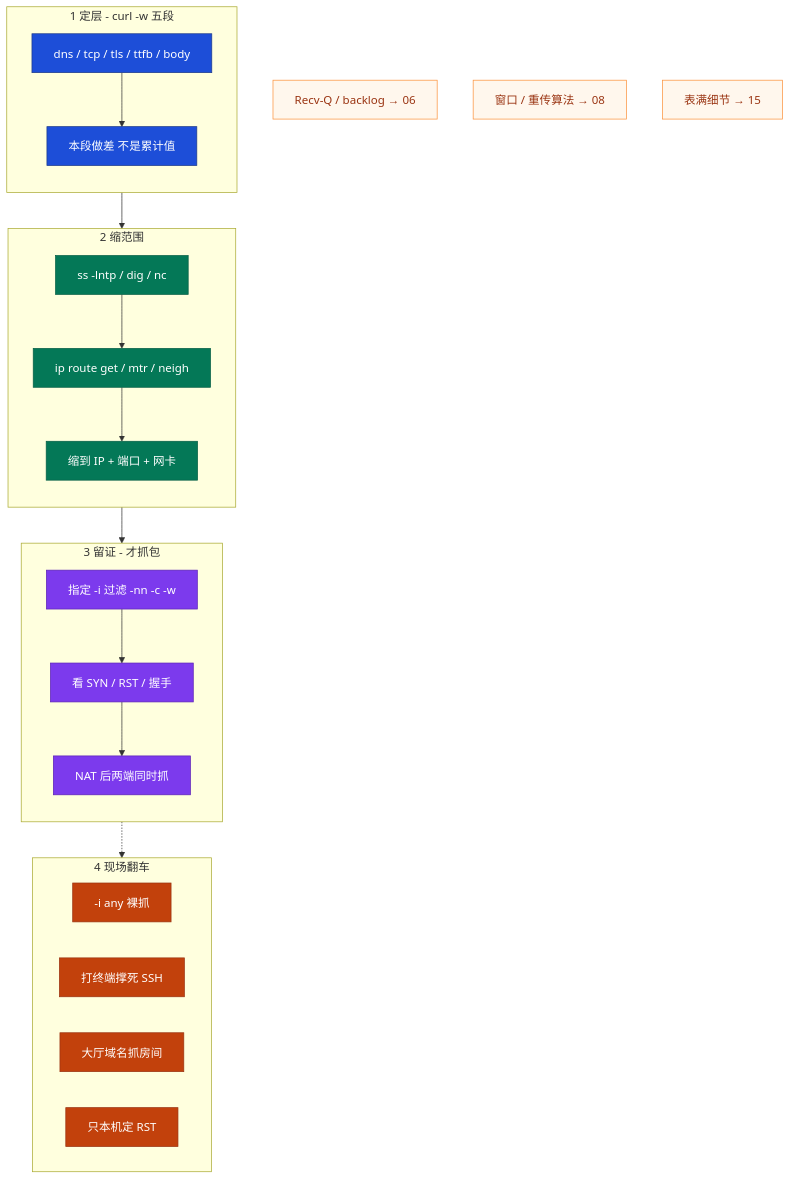
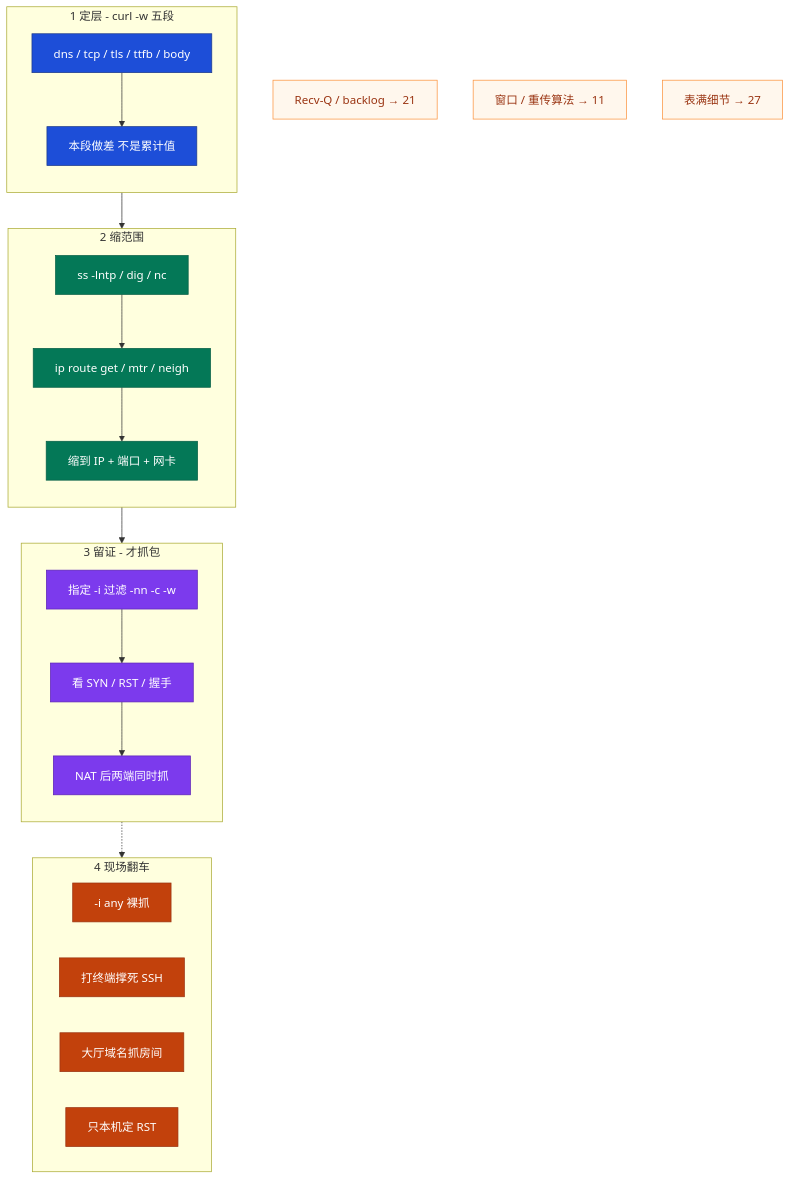
One commit to ml-cuizijun/LearnToLilith changed the first of 7 diagrams in 01-基础底座/16-网络排障与抓包/知识点.md. Above: the diagram before and after it, drawn with Mermaid. The commit also changed other lines of this file and 56 other files, not shown here.

````diff
--- a/01-基础底座/16-网络排障与抓包/知识点.md
+++ b/01-基础底座/16-网络排障与抓包/知识点.md
@@ -59,45 +59,45 @@
 ```mermaid
 flowchart TB
     classDef layer fill:#1D4ED8,stroke:#1E3A8A,color:#fff
     classDef scope fill:#047857,stroke:#065F46,color:#fff
     classDef proof fill:#7C3AED,stroke:#5B21B6,color:#fff
     classDef danger fill:#C2410C,stroke:#9A3412,color:#fff
     classDef note fill:#FFF7ED,stroke:#FB923C,color:#9A3412
 
     subgraph STEP1["1 定层 - curl -w 五段"]
         direction TB
         L7["dns / tcp / tls / ttfb / body"] --> DIFF["本段做差 不是累计值"]
     end
 
     subgraph STEP2["2 缩范围"]
         direction TB
         S1["ss -lntp / dig / nc"] --> S2["ip route get / mtr / neigh"]
         S2 --> S3["缩到 IP + 端口 + 网卡"]
     end
 
     subgraph STEP3["3 留证 - 才抓包"]
         direction TB
         T1["指定 -i 过滤 -nn -c -w"] --> T2["看 SYN / RST / 握手"]
         T2 --> T3["NAT 后两端同时抓"]
     end
 
     subgraph FAIL["4 现场翻车"]
         direction LR
         F1["-i any 裸抓"]
         F2["打终端撑死 SSH"]
         F3["大厅域名抓房间"]
         F4["只本机定 RST"]
     end
 
     STEP1 --> STEP2 --> STEP3
     STEP3 -.-> FAIL
 
-    N1["Recv-Q / backlog → 06"]:::note
-    N2["窗口 / 重传算法 → 08"]:::note
-    N3["表满细节 → 15"]:::note
+    N1["Recv-Q / backlog → 21"]:::note
+    N2["窗口 / 重传算法 → 11"]:::note
+    N3["表满细节 → 27"]:::note
 
     class L7,DIFF layer
     class S1,S2,S3 scope
     class T1,T2,T3 proof
     class F1,F2,F3,F4 danger
 ```
````
